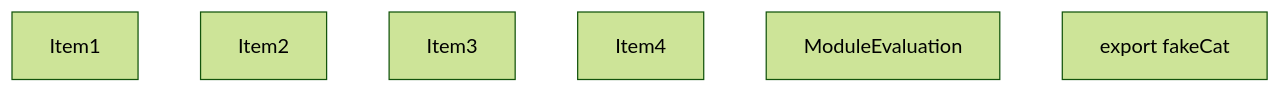
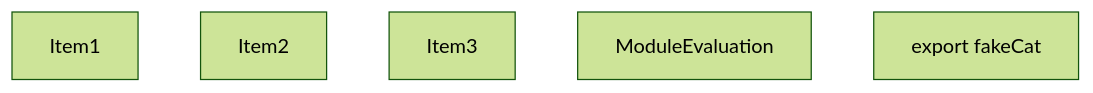
One commit to vercel/turborepo changed the first of 5 diagrams in crates/turbopack-ecmascript/tests/tree-shaker/analyzer/export-named/output.md. Above: the diagram before and after it, drawn with Mermaid (forest theme). The commit also changed other lines of this file, not shown here.

````diff
--- a/crates/turbopack-ecmascript/tests/tree-shaker/analyzer/export-named/output.md
+++ b/crates/turbopack-ecmascript/tests/tree-shaker/analyzer/export-named/output.md
@@ -46,11 +36,10 @@
 ```mermaid
 graph TD
     Item1;
     Item2;
     Item3;
     Item4;
+    Item4["ModuleEvaluation"];
     Item5;
-    Item5["ModuleEvaluation"];
-    Item6;
-    Item6["export fakeCat"];
+    Item5["export fakeCat"];
 ```
````
